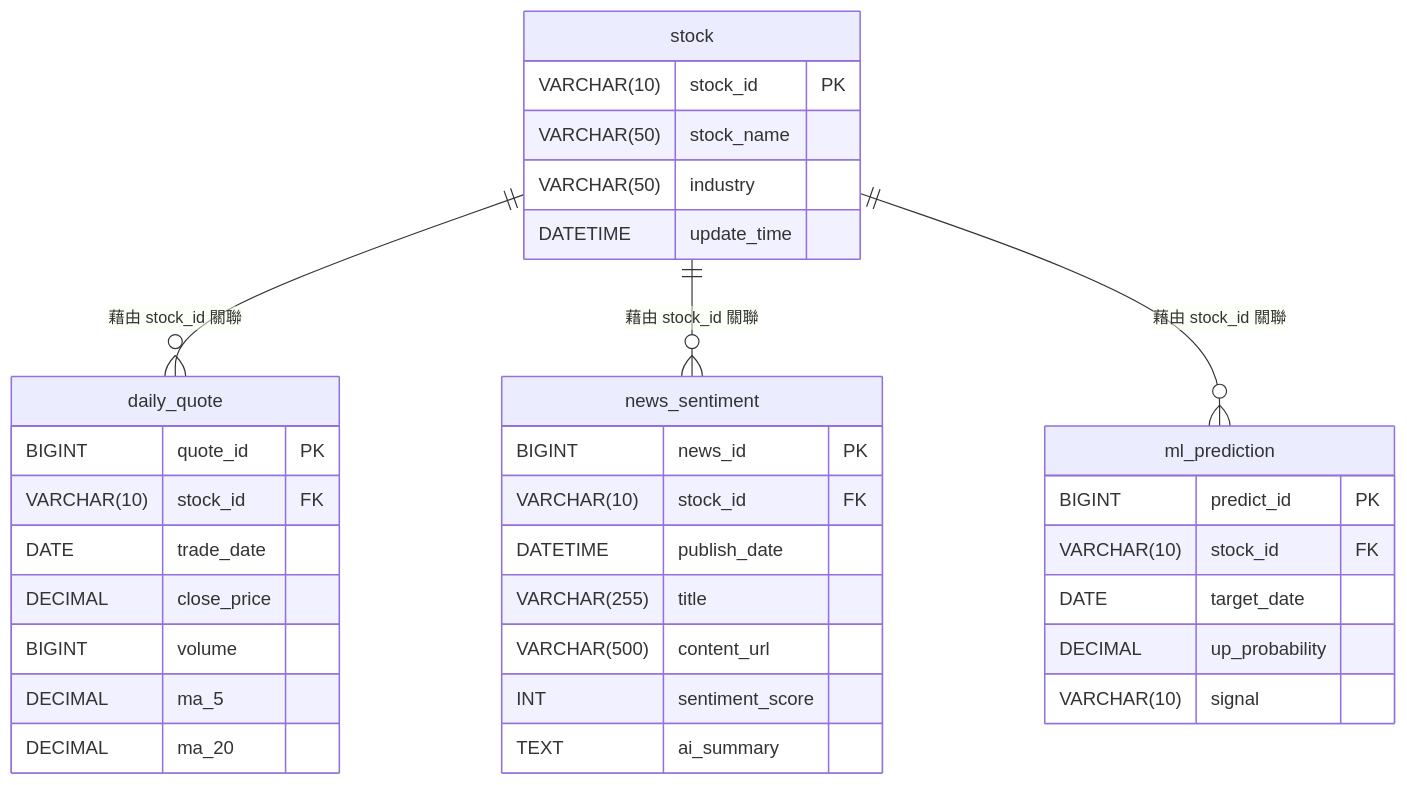
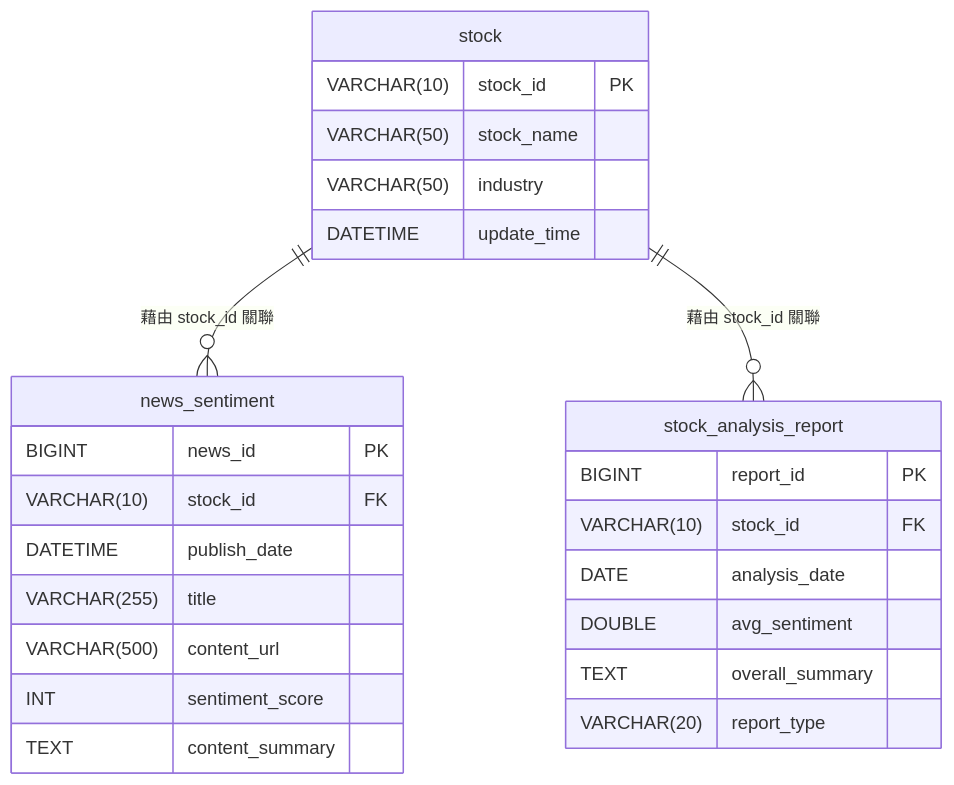
One commit to Addie77/AI_Stock_project changed the diagram in database_schema.md. Above: the diagram before and after it, drawn with Mermaid.

Commit message:
feat(database): 移除不必要的 daily_quote 和 ml_prediction 表，更新 stock_analysis_report 結構

````diff
--- a/database_schema.md
+++ b/database_schema.md
@@ -1,42 +1,32 @@
 ```mermaid
 erDiagram
     %% 這是實體層級的 Schema 圖，包含精確的建表規格
-    stock ||--o{ daily_quote : "藉由 stock_id 關聯"
     stock ||--o{ news_sentiment : "藉由 stock_id 關聯"
-    stock ||--o{ ml_prediction : "藉由 stock_id 關聯"
+    stock ||--o{ stock_analysis_report : "藉由 stock_id 關聯"
 
     stock {
         VARCHAR(10) stock_id PK
         VARCHAR(50) stock_name
         VARCHAR(50) industry
         DATETIME update_time
-    }
-
-    daily_quote {
-        BIGINT quote_id PK
-        VARCHAR(10) stock_id FK
-        DATE trade_date
-        DECIMAL close_price
-        BIGINT volume
-        DECIMAL ma_5
-        DECIMAL ma_20
     }
 
     news_sentiment {
         BIGINT news_id PK
         VARCHAR(10) stock_id FK
         DATETIME publish_date
         VARCHAR(255) title
         VARCHAR(500) content_url
         INT sentiment_score
-        TEXT ai_summary
+        TEXT content_summary
     }
 
-    ml_prediction {
-        BIGINT predict_id PK
+    stock_analysis_report {
+        BIGINT report_id PK
         VARCHAR(10) stock_id FK
-        DATE target_date
-        DECIMAL up_probability
-        VARCHAR(10) signal
+        DATE analysis_date
+        DOUBLE avg_sentiment
+        TEXT overall_summary
+        VARCHAR(20) report_type
     }
 ```
````
